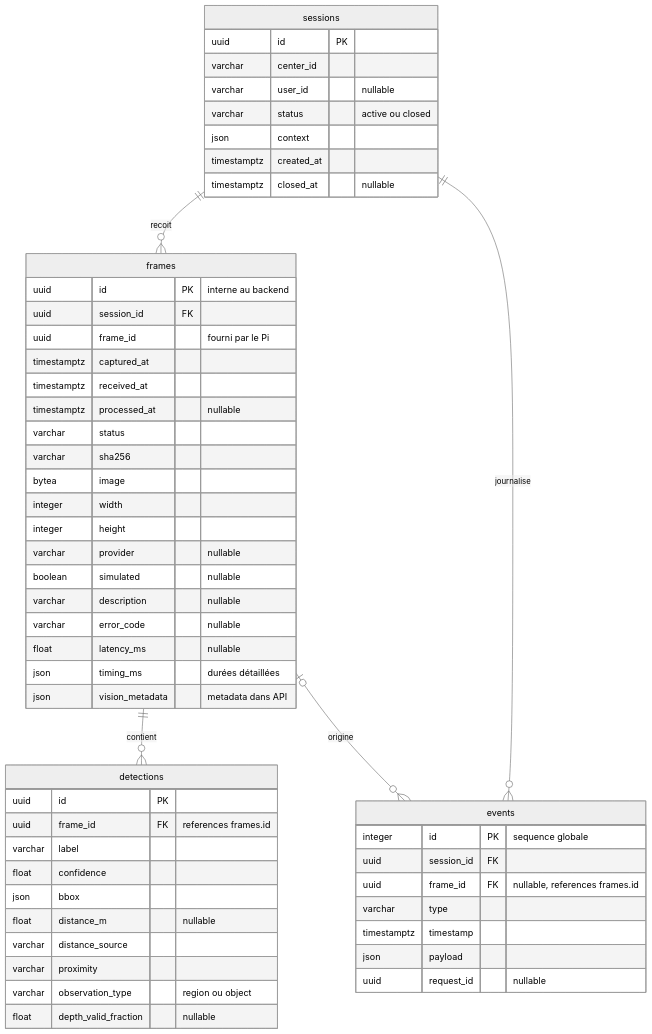
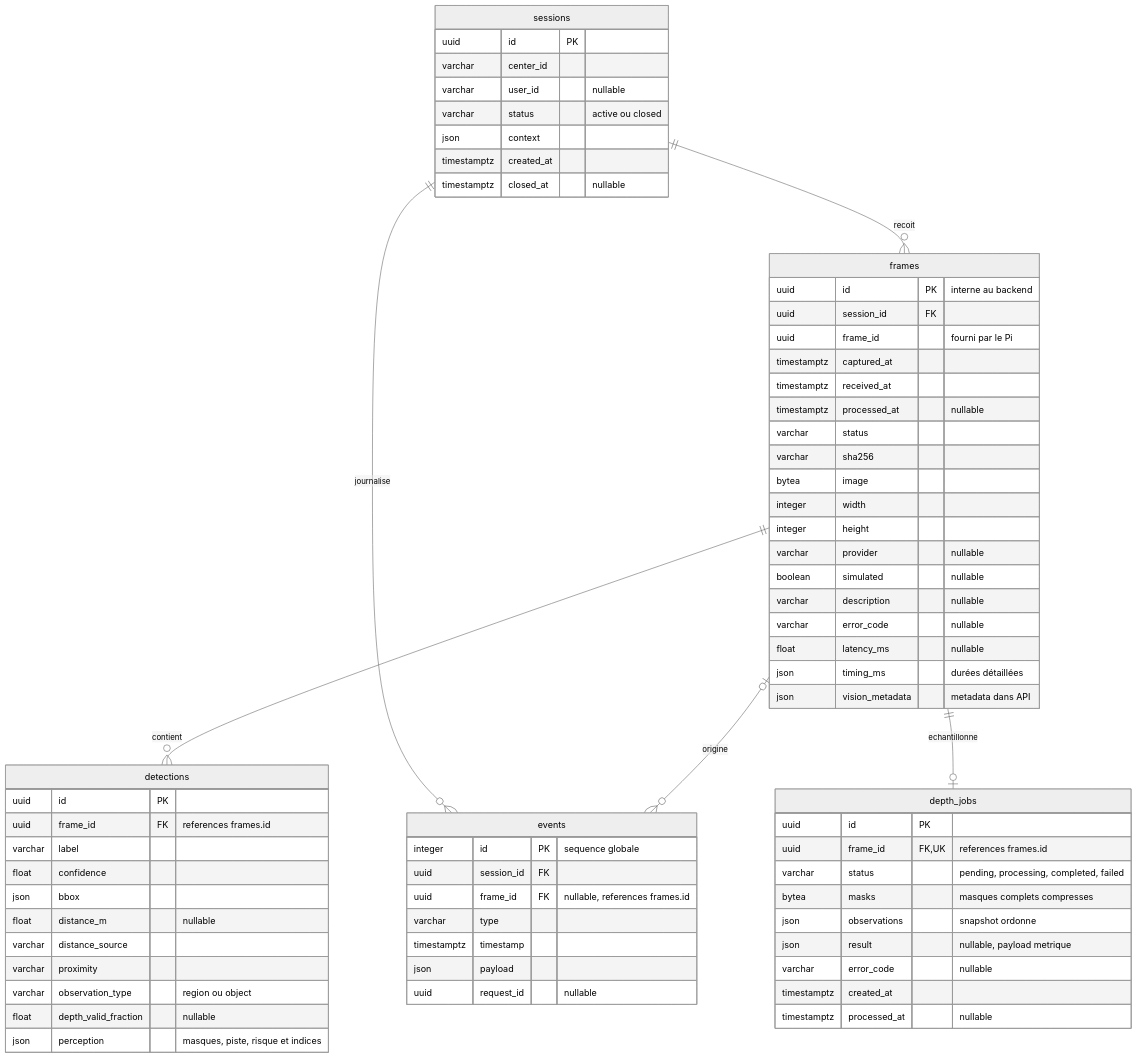
Before and after one commit to Mindsept/Looki--Vision: the diagram in docs/diagrams/04-base-de-donnees.mmd, drawn with Mermaid (neutral theme). The commit also changed 75 other files, not shown here.

```diff
--- a/docs/diagrams/04-base-de-donnees.mmd
+++ b/docs/diagrams/04-base-de-donnees.mmd
@@ -1,56 +1,69 @@
 %% LOOKi - diagramme détaillé dans ../02-base-de-donnees.md
 erDiagram
     sessions ||--o{ frames : recoit
     sessions ||--o{ events : journalise
     frames ||--o{ detections : contient
     frames o|--o{ events : origine
+    frames ||--o| depth_jobs : echantillonne
     sessions {
         uuid id PK
         varchar center_id
         varchar user_id "nullable"
         varchar status "active ou closed"
         json context
         timestamptz created_at
         timestamptz closed_at "nullable"
     }
     frames {
         uuid id PK "interne au backend"
         uuid session_id FK
         uuid frame_id "fourni par le Pi"
         timestamptz captured_at
         timestamptz received_at
         timestamptz processed_at "nullable"
         varchar status
         varchar sha256
         bytea image
         integer width
         integer height
         varchar provider "nullable"
         boolean simulated "nullable"
         varchar description "nullable"
         varchar error_code "nullable"
         float latency_ms "nullable"
         json timing_ms "durées détaillées"
         json vision_metadata "metadata dans API"
     }
     detections {
         uuid id PK
         uuid frame_id FK "references frames.id"
         varchar label
         float confidence
         json bbox
         float distance_m "nullable"
         varchar distance_source
         varchar proximity
         varchar observation_type "region ou object"
         float depth_valid_fraction "nullable"
+        json perception "masques, piste, risque et indices"
     }
     events {
         integer id PK "sequence globale"
         uuid session_id FK
         uuid frame_id FK "nullable, references frames.id"
         varchar type
         timestamptz timestamp
         json payload
         uuid request_id "nullable"
     }
+    depth_jobs {
+        uuid id PK
+        uuid frame_id FK,UK "references frames.id"
+        varchar status "pending, processing, completed, failed"
+        bytea masks "masques complets compresses"
+        json observations "snapshot ordonne"
+        json result "nullable, payload metrique"
+        varchar error_code "nullable"
+        timestamptz created_at
+        timestamptz processed_at "nullable"
+    }
```
